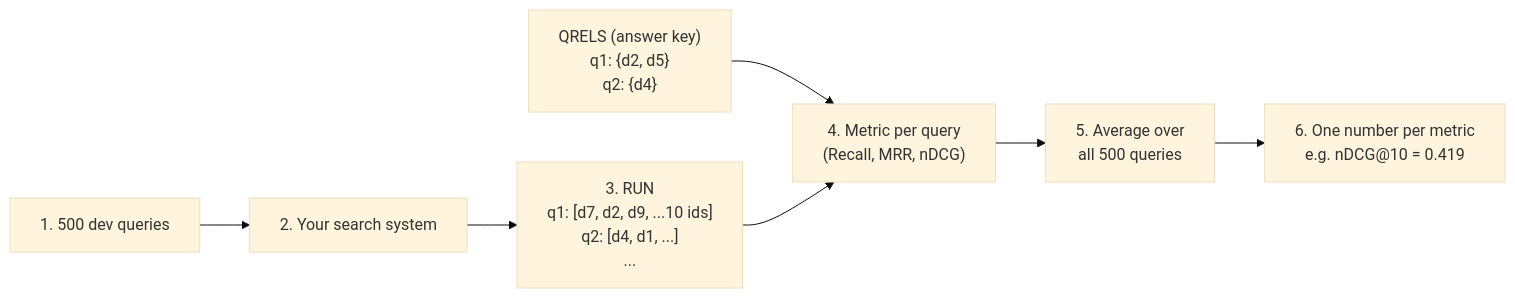
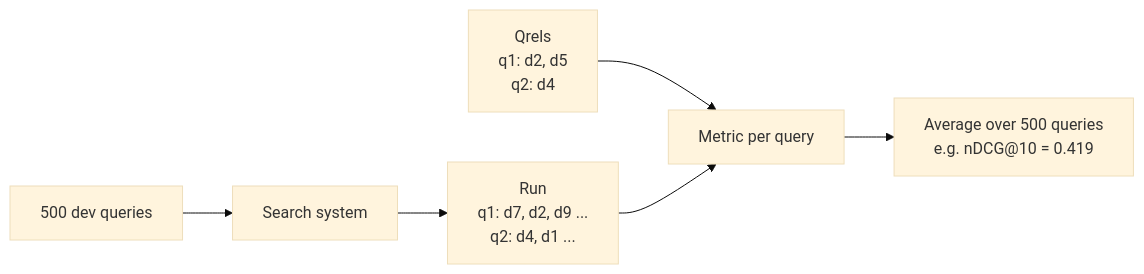
The first of 4 diagrams in docs/from_zero/02_measuring_quality_and_speed.md (node31/fiqa-agentic-retrieval), drawn with Mermaid (base theme) before and after one commit. The commit also changed other lines of this file and 9 other files, not shown here.

````diff
--- a/docs/from_zero/02_measuring_quality_and_speed.md
+++ b/docs/from_zero/02_measuring_quality_and_speed.md
@@ -18,9 +11,8 @@
 ```mermaid
 flowchart LR
-    Q["1. 500 dev queries"] --> S["2. Your search system"]
-    S --> RUN["3. RUN<br/>q1: [d7, d2, d9, ...10 ids]<br/>q2: [d4, d1, ...]<br/>..."]
-    QR["QRELS (answer key)<br/>q1: {d2, d5}<br/>q2: {d4}"] --> M
-    RUN --> M["4. Metric per query<br/>(Recall, MRR, nDCG)"]
-    M --> AVG["5. Average over<br/>all 500 queries"]
-    AVG --> N["6. One number per metric<br/>e.g. nDCG@10 = 0.419"]
+    Q["500 dev queries"] --> S["Search system"]
+    S --> RUN["Run<br/>q1: d7, d2, d9 ...<br/>q2: d4, d1 ..."]
+    QR["Qrels<br/>q1: d2, d5<br/>q2: d4"] --> M
+    RUN --> M["Metric per query"]
+    M --> AVG["Average over 500 queries<br/>e.g. nDCG@10 = 0.419"]
 ```
````
